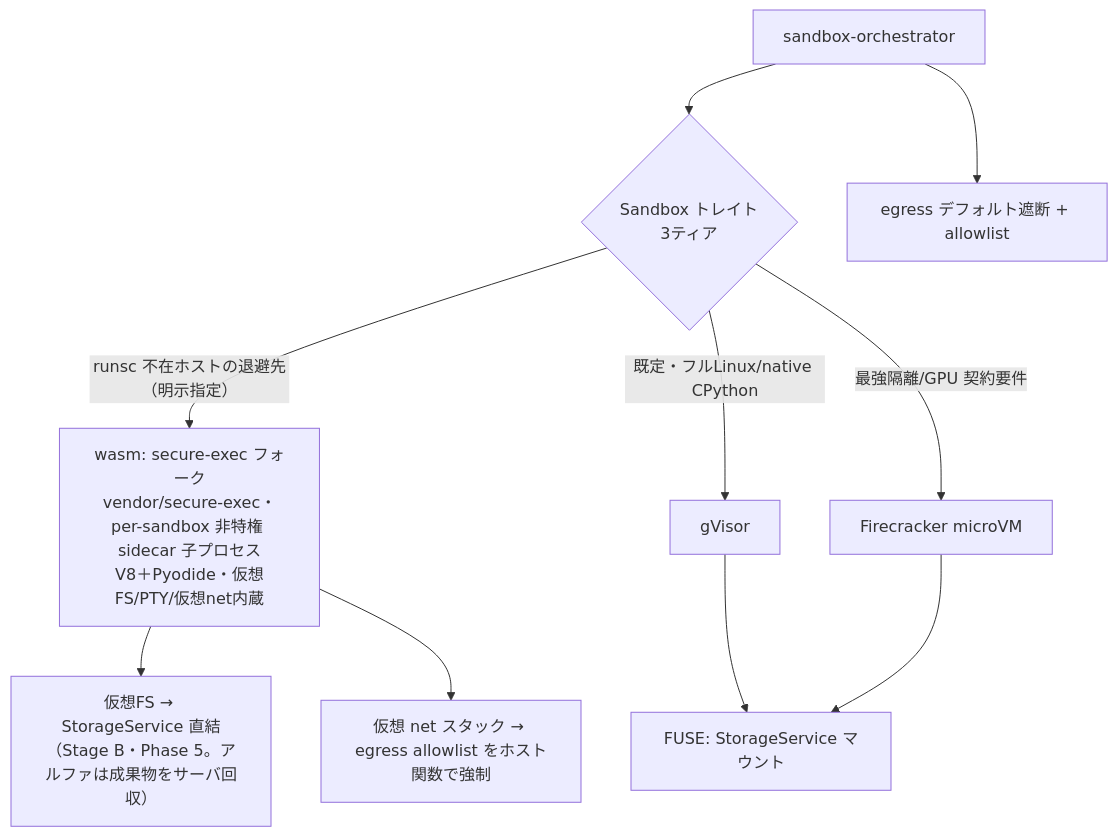
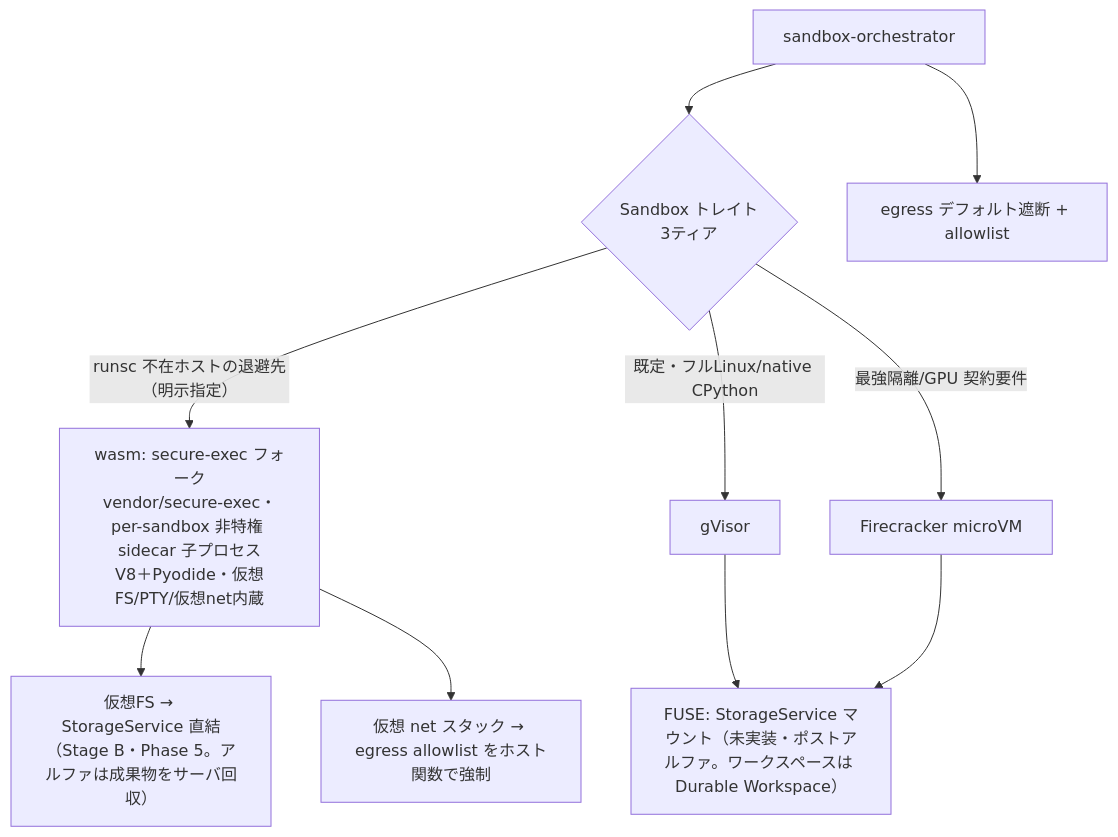
Before and after one commit to imanect-labs/shiki-platform: the seventh of 10 diagrams in docs/design.md, drawn with Mermaid. The commit also changed other lines of this file and 16 other files, not shown here.

````diff
--- a/docs/design.md
+++ b/docs/design.md
@@ -516,11 +524,11 @@
 ```mermaid
 flowchart TB
   ORCH[sandbox-orchestrator] --> TIER{Sandbox トレイト<br/>3ティア}
   TIER -->|runsc 不在ホストの退避先（明示指定）| WASM["wasm: secure-exec フォーク<br/>vendor/secure-exec・per-sandbox 非特権 sidecar 子プロセス<br/>V8＋Pyodide・仮想FS/PTY/仮想net内蔵"]
   TIER -->|既定・フルLinux/native CPython| GV[gVisor]
   TIER -->|最強隔離/GPU 契約要件| FC[Firecracker microVM]
   WASM --> VFS["仮想FS → StorageService 直結<br/>（Stage B・Phase 5。アルファは成果物をサーバ回収）"]
   WASM --> NET2[仮想 net スタック → egress allowlist をホスト関数で強制]
-  GV & FC --> FUSE[FUSE: StorageService マウント]
+  GV & FC --> FUSE["FUSE: StorageService マウント（未実装・ポストアルファ。ワークスペースは Durable Workspace）"]
   ORCH --> NET[egress デフォルト遮断 + allowlist]
 ```
````
